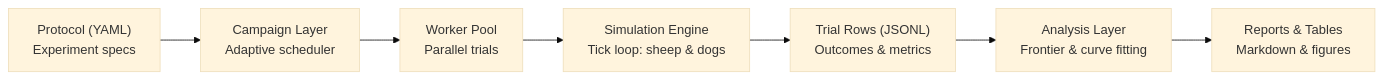
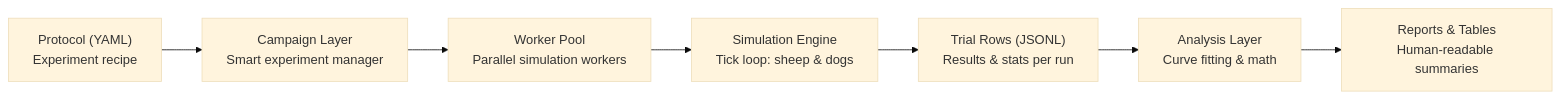
The first of 3 diagrams in docs/codes/architecture.md (lykimq/HerdSim), drawn with Mermaid (base theme) before and after one commit. The commit also changed other lines of this file and 14 other files, not shown here.

````diff
--- a/docs/codes/architecture.md
+++ b/docs/codes/architecture.md
@@ -23,9 +27,9 @@
 ```mermaid
 flowchart LR
-    Protocol["Protocol (YAML)<br/>Experiment specs"] --> Campaign["Campaign Layer<br/>Adaptive scheduler"]
-    Campaign --> Workers["Worker Pool<br/>Parallel trials"]
+    Protocol["Protocol (YAML)<br/>Experiment recipe"] --> Campaign["Campaign Layer<br/>Smart experiment manager"]
+    Campaign --> Workers["Worker Pool<br/>Parallel simulation workers"]
     Workers --> Engine["Simulation Engine<br/>Tick loop: sheep & dogs"]
-    Engine --> Rows["Trial Rows (JSONL)<br/>Outcomes & metrics"]
-    Rows --> Analysis["Analysis Layer<br/>Frontier & curve fitting"]
-    Analysis --> Reports["Reports & Tables<br/>Markdown & figures"]
+    Engine --> Rows["Trial Rows (JSONL)<br/>Results & stats per run"]
+    Rows --> Analysis["Analysis Layer<br/>Curve fitting & math"]
+    Analysis --> Reports["Reports & Tables<br/>Human-readable summaries"]
 ```
````
